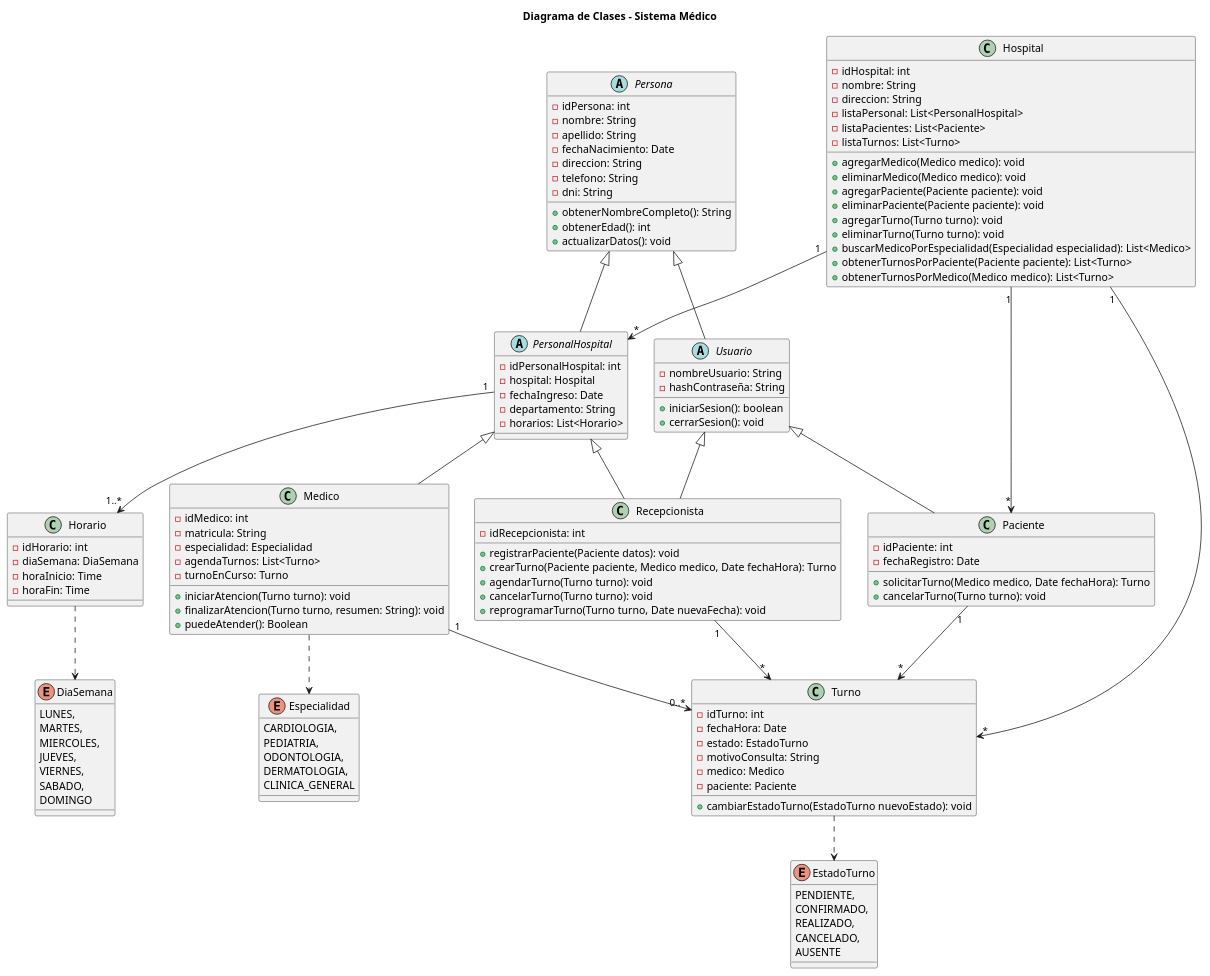
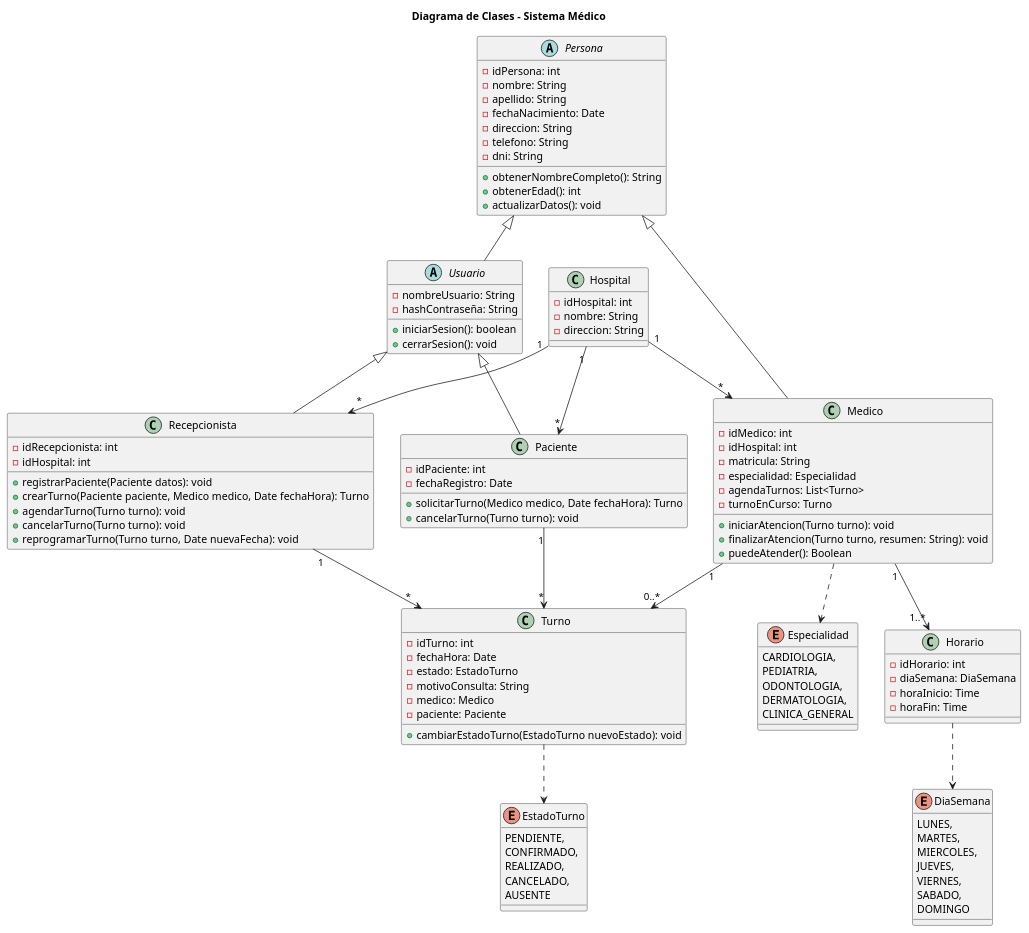
The diagram in Sistema de Turnos del Hospital - Diagrama de Clases.puml (Nicoleishon/Proyecto-Integrador), drawn with PlantUML before and after one commit.

Commit message:
diagrama uml de clases actualizado, falta revisar

```diff
--- a/Sistema de Turnos del Hospital - Diagrama de Clases.puml
+++ b/Sistema de Turnos del Hospital - Diagrama de Clases.puml
@@ -1,152 +1,132 @@
 @startuml
 title Diagrama de Clases - Sistema Médico
 
 class Hospital {
   - idHospital: int
   - nombre: String
   - direccion: String
-  - listaPersonal: List<PersonalHospital>
-  - listaPacientes: List<Paciente>
-  - listaTurnos: List<Turno>
-  
-
-  + agregarMedico(Medico medico): void
-  + eliminarMedico(Medico medico): void
-  + agregarPaciente(Paciente paciente): void
-  + eliminarPaciente(Paciente paciente): void
-  + agregarTurno(Turno turno): void
-  + eliminarTurno(Turno turno): void
-  + buscarMedicoPorEspecialidad(Especialidad especialidad): List<Medico>
-  + obtenerTurnosPorPaciente(Paciente paciente): List<Turno>
-  + obtenerTurnosPorMedico(Medico medico): List<Turno>
 }
 
 abstract class Usuario {
   - nombreUsuario: String
   - hashContraseña: String
   + iniciarSesion(): boolean
   + cerrarSesion(): void
 }
 
 enum DiaSemana {
   LUNES,
   MARTES,
   MIERCOLES,
   JUEVES,
   VIERNES,
   SABADO,
   DOMINGO
 }
 
 
 enum EstadoTurno {
   PENDIENTE,
   CONFIRMADO,
   REALIZADO,
   CANCELADO,
   AUSENTE
 }
 
 enum Especialidad {
   CARDIOLOGIA,
   PEDIATRIA,
   ODONTOLOGIA,
   DERMATOLOGIA,
   CLINICA_GENERAL
 }
 
 
 
 abstract class Persona {
   - idPersona: int
   - nombre: String
   - apellido: String
   - fechaNacimiento: Date
   - direccion: String
   - telefono: String
   - dni: String
   + obtenerNombreCompleto(): String
   + obtenerEdad(): int
   + actualizarDatos(): void
 }
 
 
-abstract class PersonalHospital {
-  - idPersonalHospital: int
-  - hospital: Hospital
-  - fechaIngreso: Date
-  - departamento: String
-  - horarios: List<Horario>
-}
-
 class Medico {
   - idMedico: int
+  - idHospital: int
   - matricula: String
   - especialidad: Especialidad
   - agendaTurnos: List<Turno>
   - turnoEnCurso: Turno
 
   + iniciarAtencion(Turno turno): void
   + finalizarAtencion(Turno turno, resumen: String): void
   + puedeAtender(): Boolean
 }
 
 
 class Horario {
   - idHorario: int
   - diaSemana: DiaSemana
   - horaInicio: Time
   - horaFin: Time
 }
 
 class Recepcionista {
   - idRecepcionista: int
+  - idHospital: int
   + registrarPaciente(Paciente datos): void
   + crearTurno(Paciente paciente, Medico medico, Date fechaHora): Turno
   + agendarTurno(Turno turno): void
   + cancelarTurno(Turno turno): void
   + reprogramarTurno(Turno turno, Date nuevaFecha): void
 }
 
 
 class Paciente {
   - idPaciente: int
   - fechaRegistro: Date
   + solicitarTurno(Medico medico, Date fechaHora): Turno
   + cancelarTurno(Turno turno): void
 }
 
 
 class Turno {
   - idTurno: int
   - fechaHora: Date
   - estado: EstadoTurno
   - motivoConsulta: String
   - medico: Medico
   - paciente: Paciente
   + cambiarEstadoTurno(EstadoTurno nuevoEstado): void
 }
 
 
 ' Relaciones de herencia
 Persona <|-- Usuario
 Usuario <|-- Paciente
 Usuario <|-- Recepcionista
-Persona <|-- PersonalHospital
-PersonalHospital <|-- Medico
-PersonalHospital <|-- Recepcionista
+
+Persona <|-- Medico
+
 
 
 ' Relaciones de asociación
 Medico ..> Especialidad
 Turno ..> EstadoTurno
 
-PersonalHospital "1" --> "1..*" Horario
+Medico "1" --> "1..*" Horario
 Recepcionista "1" --> "*" Turno
 Paciente "1" --> "*" Turno
 Medico "1" --> "0..*" Turno
-Hospital "1" --> "*" PersonalHospital
 Hospital "1" --> "*" Paciente
-Hospital "1" --> "*" Turno
+Hospital "1" --> "*" Medico
+Hospital "1" --> "*" Recepcionista
 Horario ..> DiaSemana
 @enduml
```
